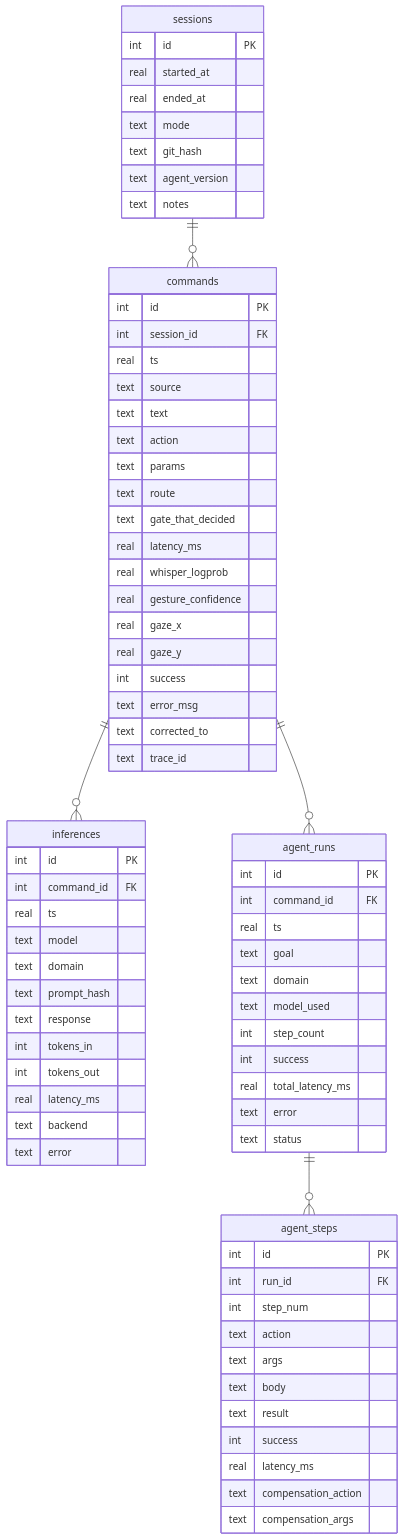
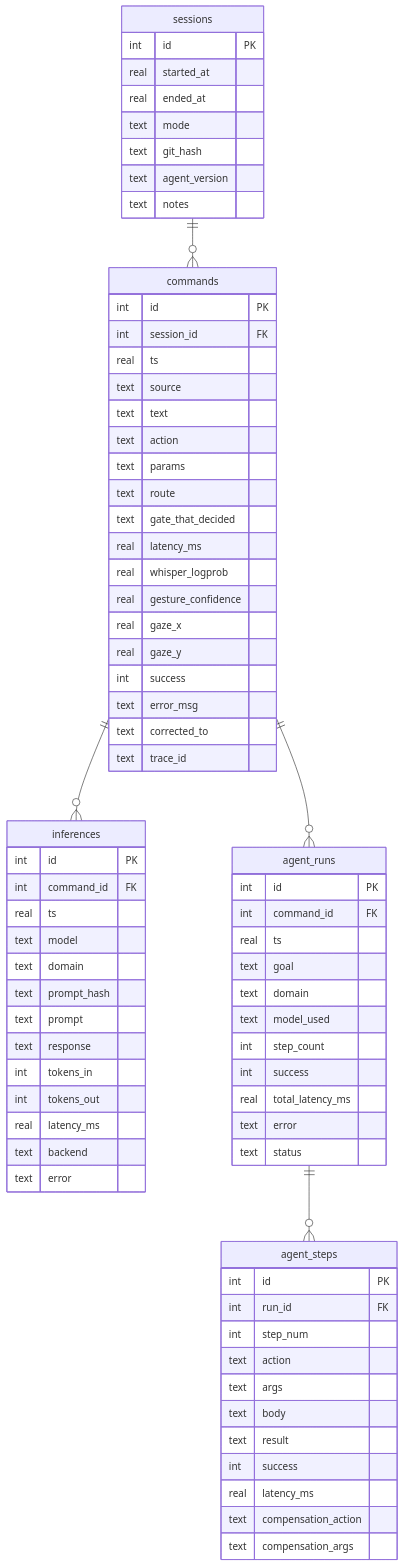
One commit to Bradly187/Personal-Desktop-Agent changed the second of 14 diagrams in docs/architecture/database-design.md. Above: the diagram before and after it, drawn with Mermaid. The commit also changed other lines of this file, not shown here.

First line of the commit message:
docs(db): refresh ER diagrams to 39 tables (schema v5)

````diff
--- a/docs/architecture/database-design.md
+++ b/docs/architecture/database-design.md
@@ -241,76 +242,77 @@
 ```mermaid
 erDiagram
     sessions ||--o{ commands : ""
     commands ||--o{ inferences : ""
     commands ||--o{ agent_runs : ""
     agent_runs ||--o{ agent_steps : ""
     sessions {
         int id PK
         real started_at
         real ended_at
         text mode
         text git_hash
         text agent_version
         text notes
     }
     commands {
         int id PK
         int session_id FK
         real ts
         text source
         text text
         text action
         text params
         text route
         text gate_that_decided
         real latency_ms
         real whisper_logprob
         real gesture_confidence
         real gaze_x
         real gaze_y
         int success
         text error_msg
         text corrected_to
         text trace_id
     }
     inferences {
         int id PK
         int command_id FK
         real ts
         text model
         text domain
         text prompt_hash
+        text prompt
         text response
         int tokens_in
         int tokens_out
         real latency_ms
         text backend
         text error
     }
     agent_runs {
         int id PK
         int command_id FK
         real ts
         text goal
         text domain
         text model_used
         int step_count
         int success
         real total_latency_ms
         text error
         text status
     }
     agent_steps {
         int id PK
         int run_id FK
         int step_num
         text action
         text args
         text body
         text result
         int success
         real latency_ms
         text compensation_action
         text compensation_args
     }
 ```
````
